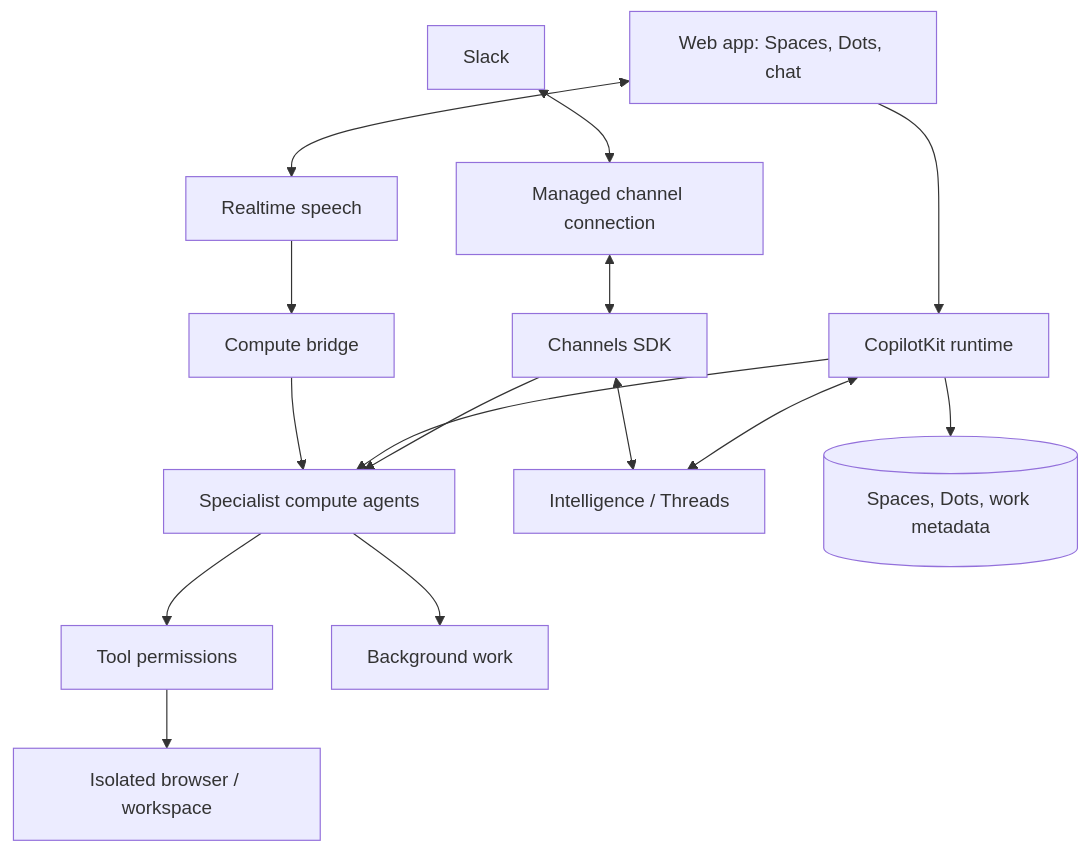
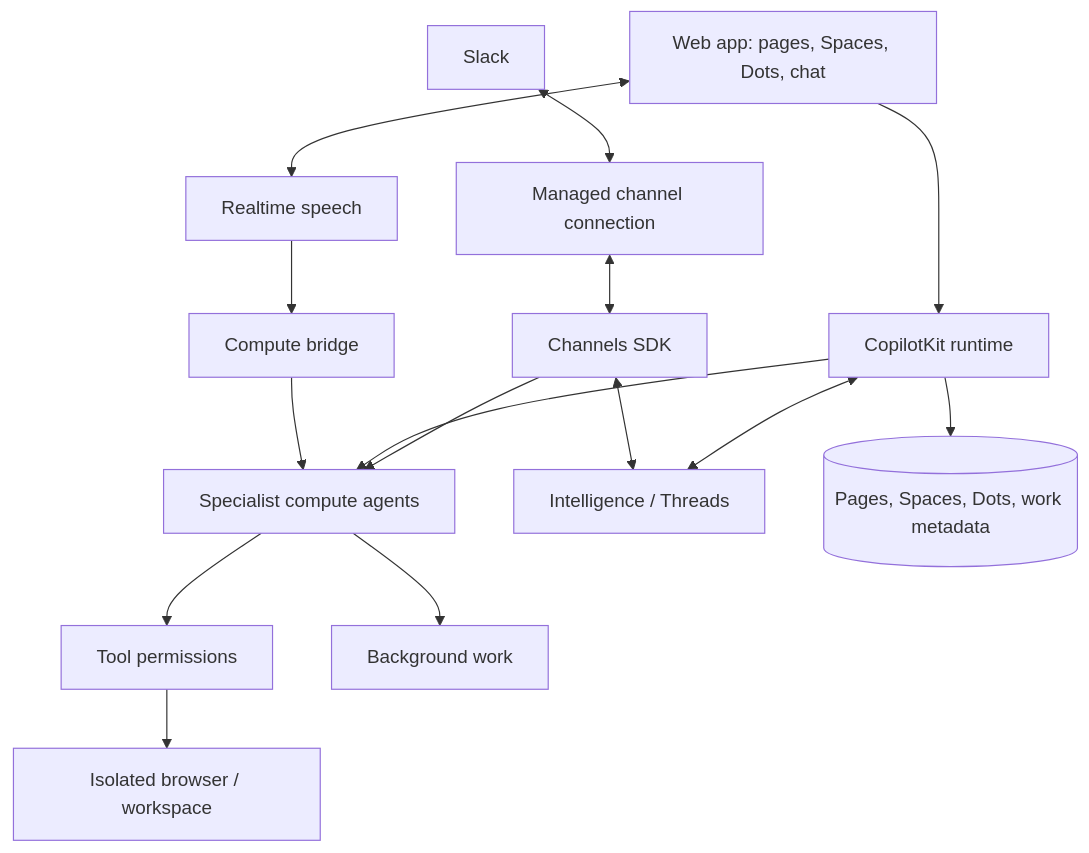
The diagram in README.md (Alif0x1/opendots-codex-fork-archive), drawn with Mermaid before and after one commit. The commit also changed other lines of this file and 22 other files, not shown here.

Commit message:
feat: add document Spaces with page-aware CopilotKit Threads

````diff
--- a/README.md
+++ b/README.md
@@ -49,17 +55,17 @@
 ```mermaid
 flowchart TB
-  Web["Web app: Spaces, Dots, chat"] --> Runtime[CopilotKit runtime]
+  Web["Web app: pages, Spaces, Dots, chat"] --> Runtime[CopilotKit runtime]
   Slack[Slack] <--> Managed[Managed channel connection]
   Managed <--> Channels[Channels SDK]
   Channels --> Agents[Specialist compute agents]
   Runtime --> Agents
   Runtime <--> Intelligence["Intelligence / Threads"]
   Channels <--> Intelligence
   Web <--> Speech[Realtime speech]
   Speech --> Bridge[Compute bridge]
   Bridge --> Agents
   Agents --> Controls[Tool permissions]
   Controls --> Computer[Isolated browser / workspace]
   Agents --> Jobs[Background work]
-  Runtime --> Metadata[(Spaces, Dots, work metadata)]
+  Runtime --> Metadata[(Pages, Spaces, Dots, work metadata)]
 ```
````
